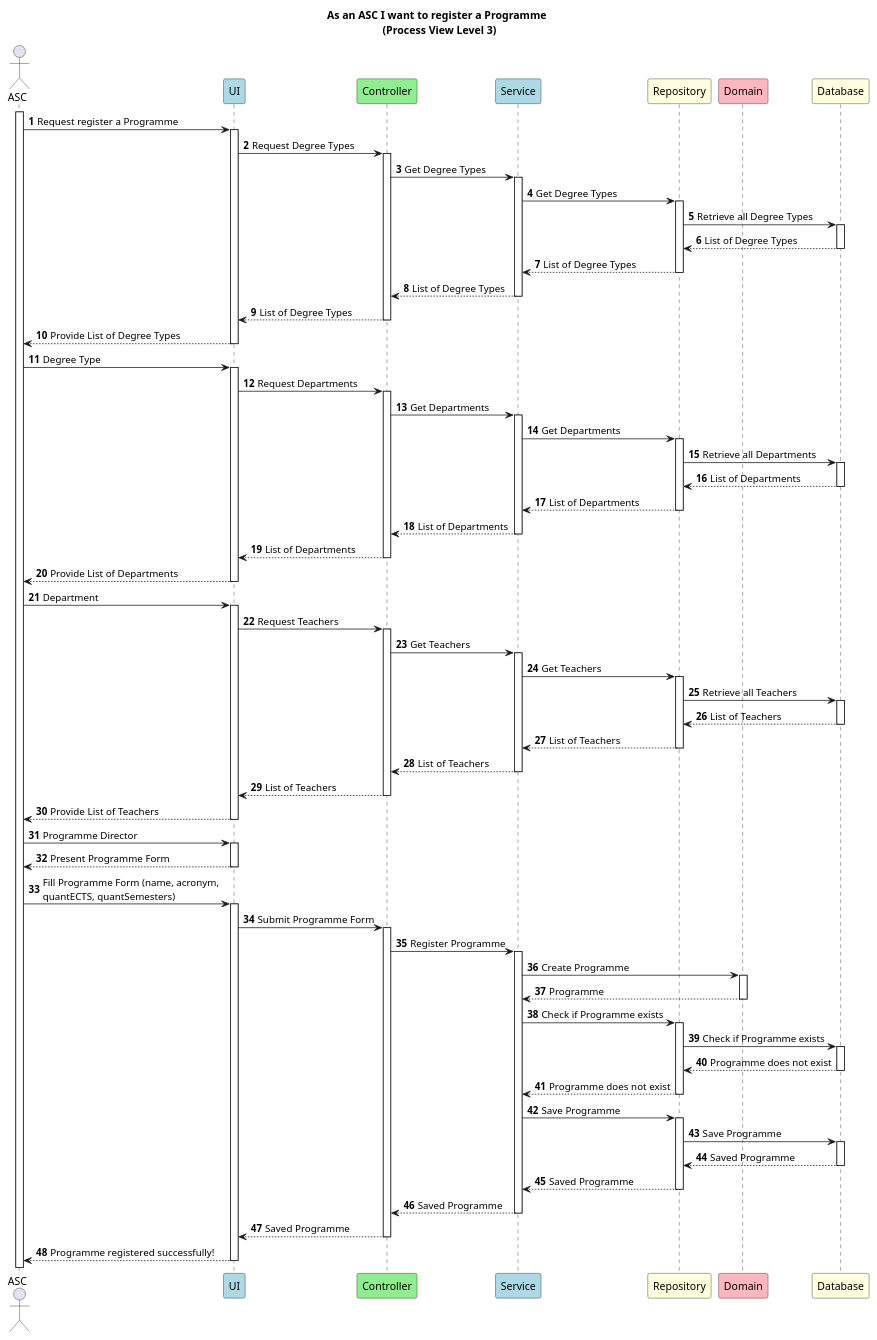
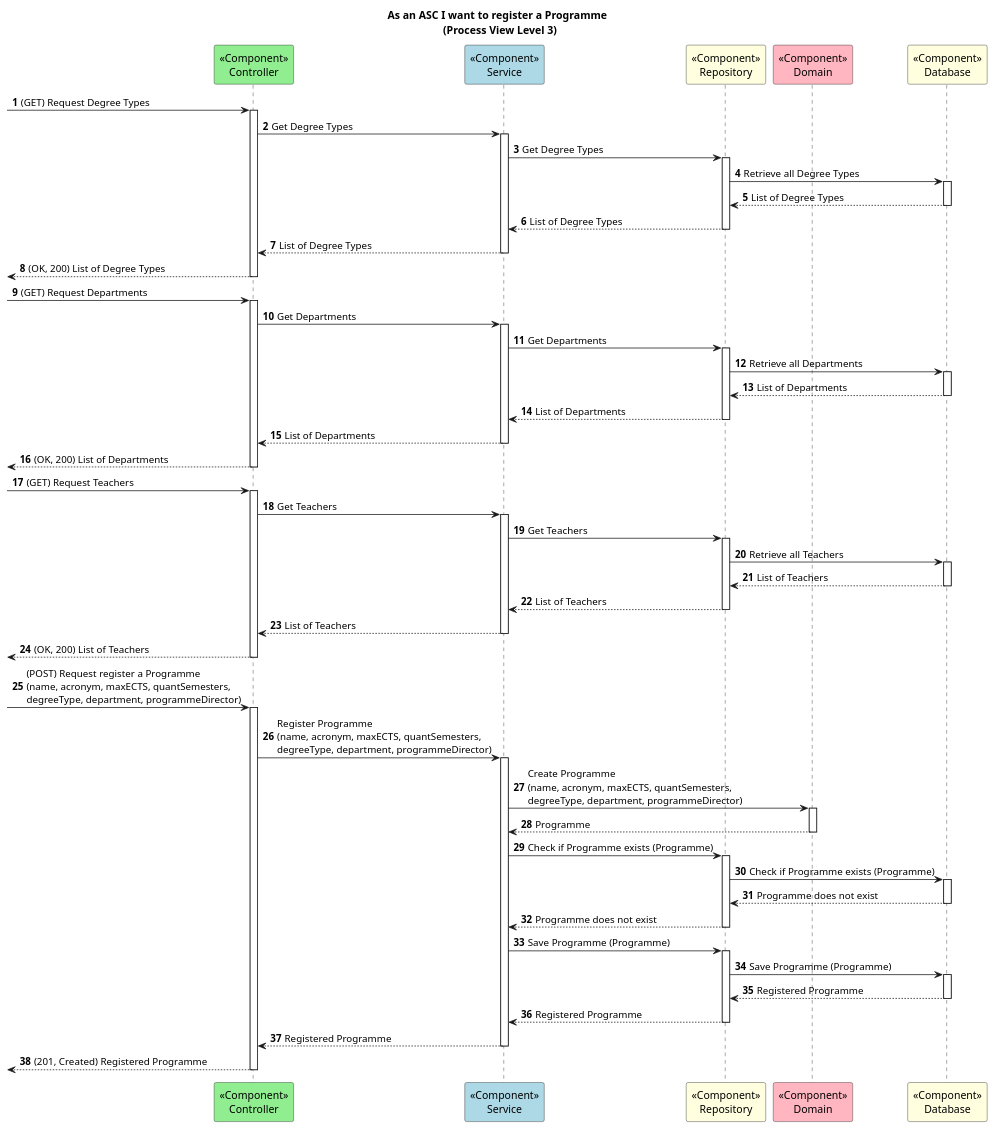
Before and after one commit to GasparISEP/DevOps-PAI: the diagram in docs/US31/ProcessView/Level3.puml, drawn with PlantUML. The commit also changed 10 other files, not shown here.

Commit message:
Ref #505, #523: Update Process View Level 1, 2 and 3 diagrams, move Level 4 diagram and rename folder to references

```diff
--- a/docs/US31/ProcessView/Level3.puml
+++ b/docs/US31/ProcessView/Level3.puml
@@ -1,77 +1,65 @@
 @startuml
 
 autonumber
 
 title As an ASC I want to register a Programme \n (Process View Level 3)
 
-actor ASC as Admin
-participant "UI" as UI #lightblue
-participant "Controller" as C #lightgreen
-participant "Service" as S #lightblue
-participant "Repository" as R #lightyellow
-participant "Domain" as D #lightpink
-participant "Database" as BD #lightyellow
 
-activate Admin
-Admin -> UI ++: Request register a Programme
 
-UI -> C ++: Request Degree Types
+participant "<<Component>>\nController" as C #lightgreen
+participant "<<Component>>\nService" as S #lightblue
+participant "<<Component>>\nRepository" as R #lightyellow
+participant "<<Component>>\nDomain" as D #lightpink
+participant "<<Component>>\nDatabase" as BD #lightyellow
+
+
+ -> C ++: (GET) Request Degree Types
 C -> S ++: Get Degree Types
 S -> R ++: Get Degree Types
 R -> BD ++: Retrieve all Degree Types
 BD --> R --: List of Degree Types
 R --> S --: List of Degree Types
 S --> C --: List of Degree Types
-C --> UI --: List of Degree Types
-UI --> Admin --: Provide List of Degree Types
+ <-- C --: (OK, 200) List of Degree Types
 
-Admin -> UI ++: Degree Type
 
-UI -> C ++: Request Departments
+ -> C ++: (GET) Request Departments
 C -> S ++: Get Departments
 S -> R ++: Get Departments
 R -> BD ++: Retrieve all Departments
 BD --> R --: List of Departments
 R --> S --: List of Departments
 S --> C --: List of Departments
-C --> UI --: List of Departments
-UI --> Admin --: Provide List of Departments
+<-- C --: (OK, 200) List of Departments
 
-Admin -> UI ++: Department
-
-UI -> C ++: Request Teachers
+-> C ++: (GET) Request Teachers
 C -> S ++: Get Teachers
 S -> R ++: Get Teachers
 R -> BD ++: Retrieve all Teachers
 BD --> R --: List of Teachers
 R --> S --: List of Teachers
 S --> C --: List of Teachers
-C --> UI --: List of Teachers
-UI --> Admin --: Provide List of Teachers
+<-- C --: (OK, 200) List of Teachers
 
-Admin -> UI ++: Programme Director
-UI --> Admin --: Present Programme Form
+-> C ++: (POST) Request register a Programme \n(name, acronym, maxECTS, quantSemesters, \ndegreeType, department, programmeDirector)
 
-Admin -> UI ++: Fill Programme Form (name, acronym, \nquantECTS, quantSemesters)
 
-UI -> C ++: Submit Programme Form
-C -> S ++: Register Programme
+C -> S ++: Register Programme \n(name, acronym, maxECTS, quantSemesters, \ndegreeType, department, programmeDirector)
 
-S -> D ++: Create Programme
+S -> D ++: Create Programme \n(name, acronym, maxECTS, quantSemesters, \ndegreeType, department, programmeDirector)
 D --> S --: Programme
 
-S -> R ++: Check if Programme exists
-R -> BD ++: Check if Programme exists
+S -> R ++: Check if Programme exists (Programme)
+R -> BD ++: Check if Programme exists (Programme)
 BD --> R --: Programme does not exist
 R --> S --: Programme does not exist
 
-S -> R ++: Save Programme
-R -> BD ++: Save Programme
-BD --> R --: Saved Programme
-R --> S --: Saved Programme
+S -> R ++: Save Programme (Programme)
+R -> BD ++: Save Programme (Programme)
+BD --> R --: Registered Programme
+R --> S --: Registered Programme
 
-S --> C --: Saved Programme
-C --> UI --: Saved Programme
-UI --> Admin --: Programme registered successfully!
+S --> C --: Registered Programme
+<-- C --: (201, Created) Registered Programme
 
 @enduml
```
